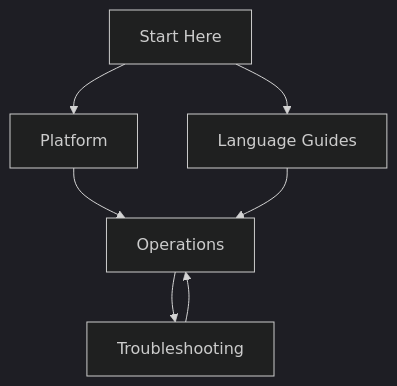
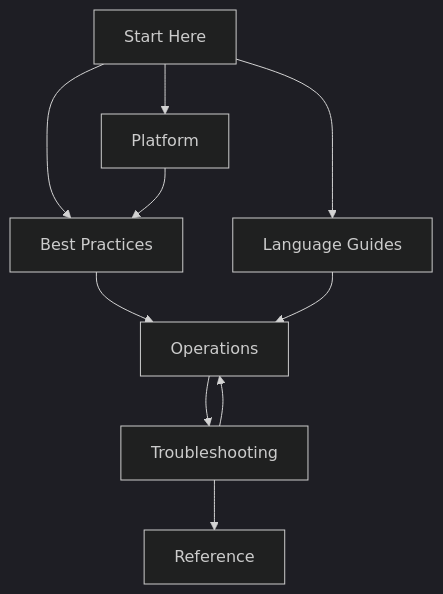
The diagram in docs/start-here/overview.md (yeongseon/azure-app-service-practical-guide), drawn with Mermaid (dark theme) before and after one commit. The commit also changed other lines of this file and 23 other files, not shown here.

````diff
--- a/docs/start-here/overview.md
+++ b/docs/start-here/overview.md
@@ -27,9 +29,12 @@
 ```mermaid
 graph TD
     A[Start Here] --> B[Platform]
+    A --> BP[Best Practices]
     A --> C[Language Guides]
-    B --> D[Operations]
+    B --> BP
+    BP --> D[Operations]
     C --> D
     D --> E[Troubleshooting]
     E --> D
+    E --> R[Reference]
 ```
````
